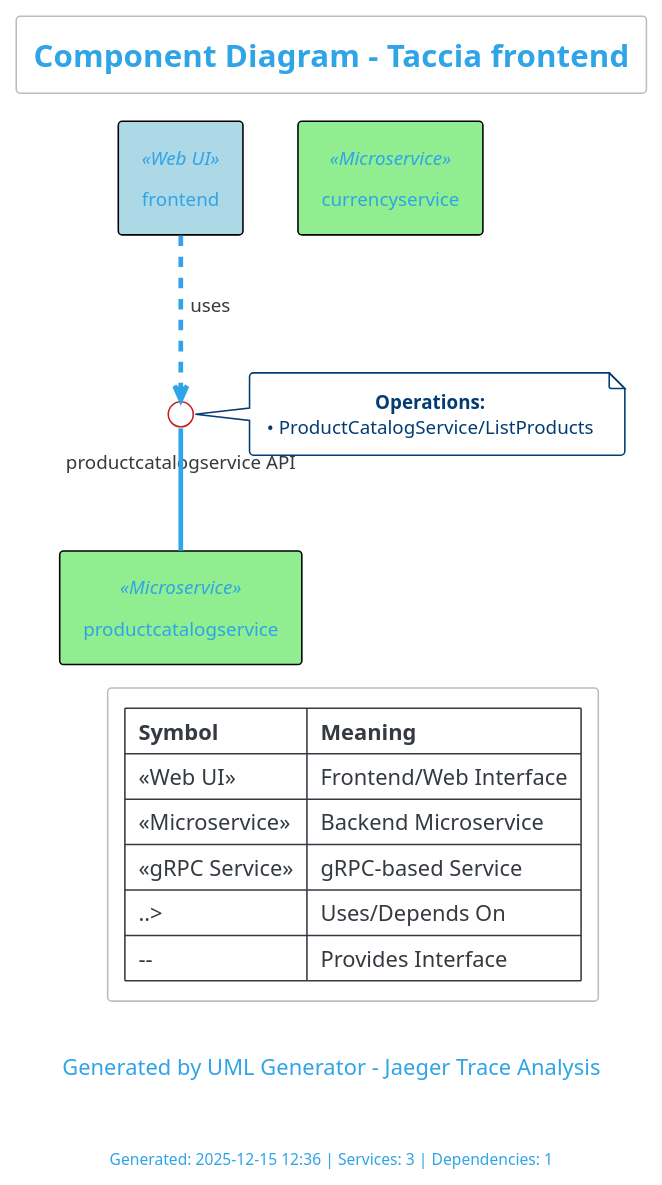
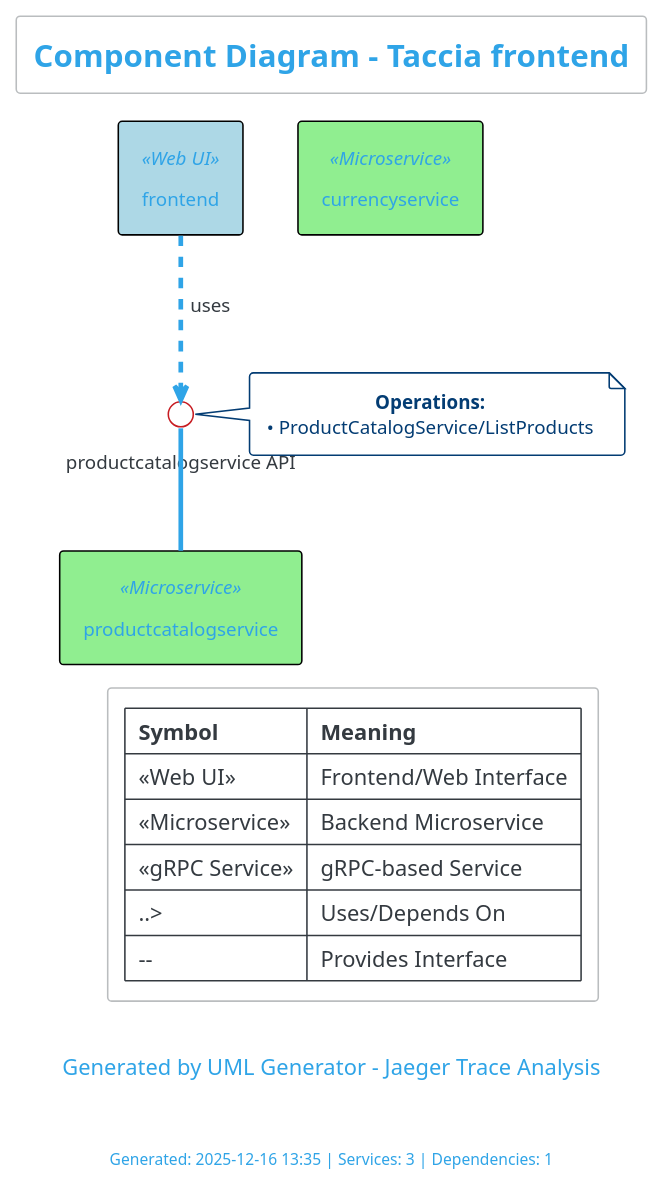
The diagram in diagrams/component-frontend.puml (HiImLuxifer/UML_Generator), drawn with PlantUML before and after one commit. The commit also changed 124 other files, not shown here.

```diff
--- a/diagrams/component-frontend.puml
+++ b/diagrams/component-frontend.puml
@@ -1,50 +1,50 @@
 @startuml
 !theme cerulean-outline
 
 skinparam componentStyle rectangle
 skinparam shadowing false
 skinparam roundcorner 5
 skinparam defaultTextAlignment center
 
 skinparam component {
   BackgroundColor<<Web UI>> LightBlue
   BackgroundColor<<Microservice>> LightGreen
   BackgroundColor<<gRPC Service>> PaleGreen
   BackgroundColor<<Database>> LightYellow
   BackgroundColor<<Cache>> Wheat
   BorderColor Black
   FontSize 12
 }
 
 title Component Diagram - Taccia frontend
 
 caption Generated by UML Generator - Jaeger Trace Analysis
 
 ' Service Components
 component "currencyservice" <<Microservice>>
 component "productcatalogservice" <<Microservice>>
 component "frontend" <<Web UI>>
 
 ' Service interfaces and dependencies
 interface "productcatalogservice API" as I0
 "frontend" ..> I0 : uses
 I0 -- "productcatalogservice"
 note right of I0
   **Operations:**
   • ProductCatalogService/ListProducts
 end note
 
 legend right
   |= Symbol |= Meaning |
   | <<Web UI>> | Frontend/Web Interface |
   | <<Microservice>> | Backend Microservice |
   | <<gRPC Service>> | gRPC-based Service |
   | ..> | Uses/Depends On |
   | -- | Provides Interface |
 endlegend
 
 footer
-Generated: 2025-12-15 12:36 | Services: 3 | Dependencies: 1
+Generated: 2025-12-16 13:35 | Services: 3 | Dependencies: 1
 endfooter
 
 @enduml
```
